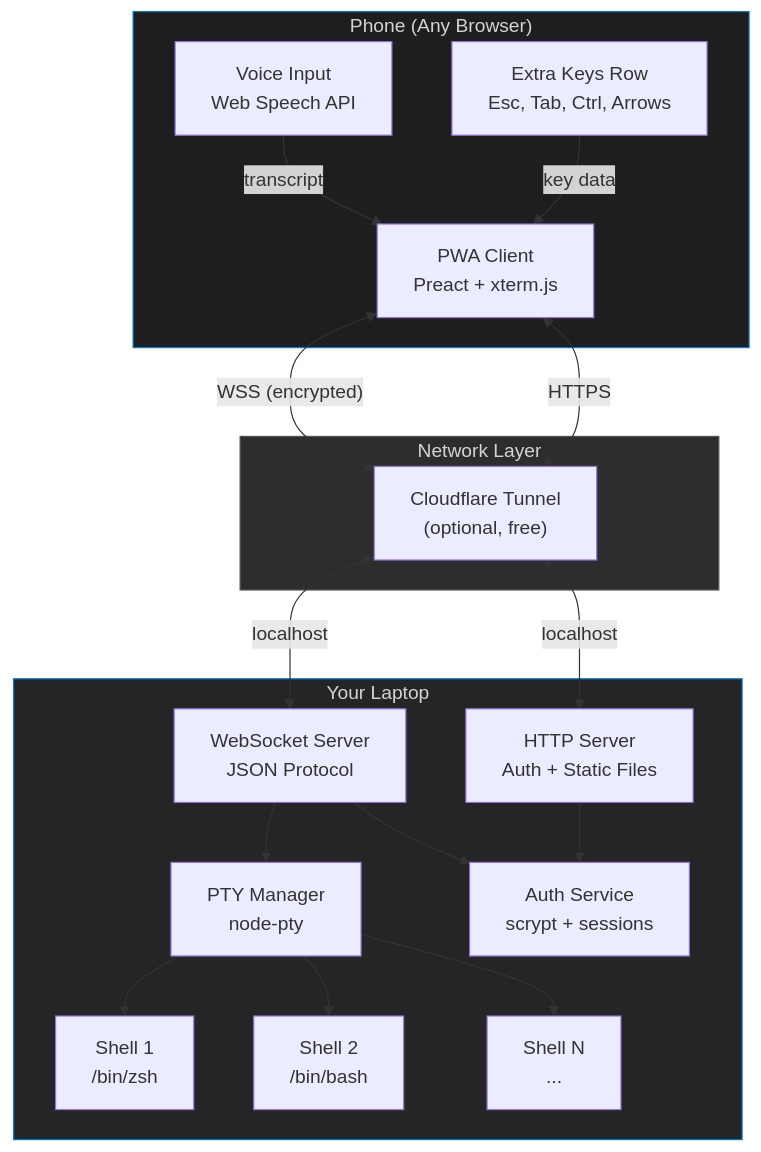
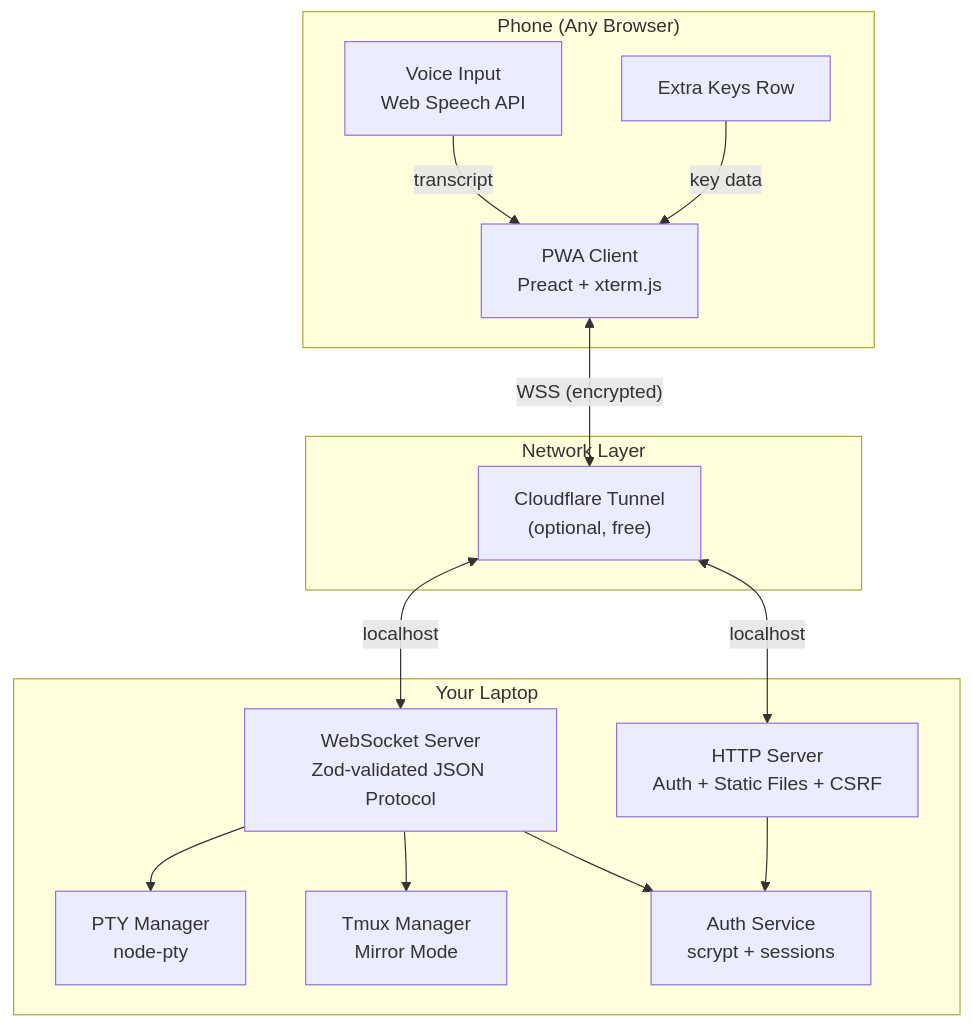
Before and after one commit to Abhishekreddy31/TermPilot: the first of 2 diagrams in README.md, drawn with Mermaid. The commit also changed other lines of this file, not shown here.

````diff
--- a/README.md
+++ b/README.md
@@ -22,39 +101,30 @@
 ```mermaid
 graph TB
     subgraph Phone["Phone (Any Browser)"]
         PWA["PWA Client<br/>Preact + xterm.js"]
         Voice["Voice Input<br/>Web Speech API"]
-        ExtraKeys["Extra Keys Row<br/>Esc, Tab, Ctrl, Arrows"]
+        ExtraKeys["Extra Keys Row"]
     end
 
     subgraph Network["Network Layer"]
         CF["Cloudflare Tunnel<br/>(optional, free)"]
     end
 
     subgraph Laptop["Your Laptop"]
-        HTTP["HTTP Server<br/>Auth + Static Files"]
-        WS["WebSocket Server<br/>JSON Protocol"]
+        HTTP["HTTP Server<br/>Auth + Static Files + CSRF"]
+        WS["WebSocket Server<br/>Zod-validated JSON Protocol"]
         PTY["PTY Manager<br/>node-pty"]
+        TMUX["Tmux Manager<br/>Mirror Mode"]
         Auth["Auth Service<br/>scrypt + sessions"]
-        Shell1["Shell 1<br/>/bin/zsh"]
-        Shell2["Shell 2<br/>/bin/bash"]
-        ShellN["Shell N<br/>..."]
     end
 
     PWA <-->|"WSS (encrypted)"| CF
     Voice -->|"transcript"| PWA
     ExtraKeys -->|"key data"| PWA
     CF <-->|"localhost"| WS
-    PWA <-->|"HTTPS"| CF
     CF <-->|"localhost"| HTTP
     HTTP --> Auth
     WS --> PTY
+    WS --> TMUX
     WS --> Auth
-    PTY --> Shell1
-    PTY --> Shell2
-    PTY --> ShellN
-
-    style Phone fill:#1e1e1e,stroke:#007acc,color:#d4d4d4
-    style Laptop fill:#252526,stroke:#007acc,color:#d4d4d4
-    style Network fill:#2d2d2d,stroke:#555,color:#d4d4d4
 ```
````
